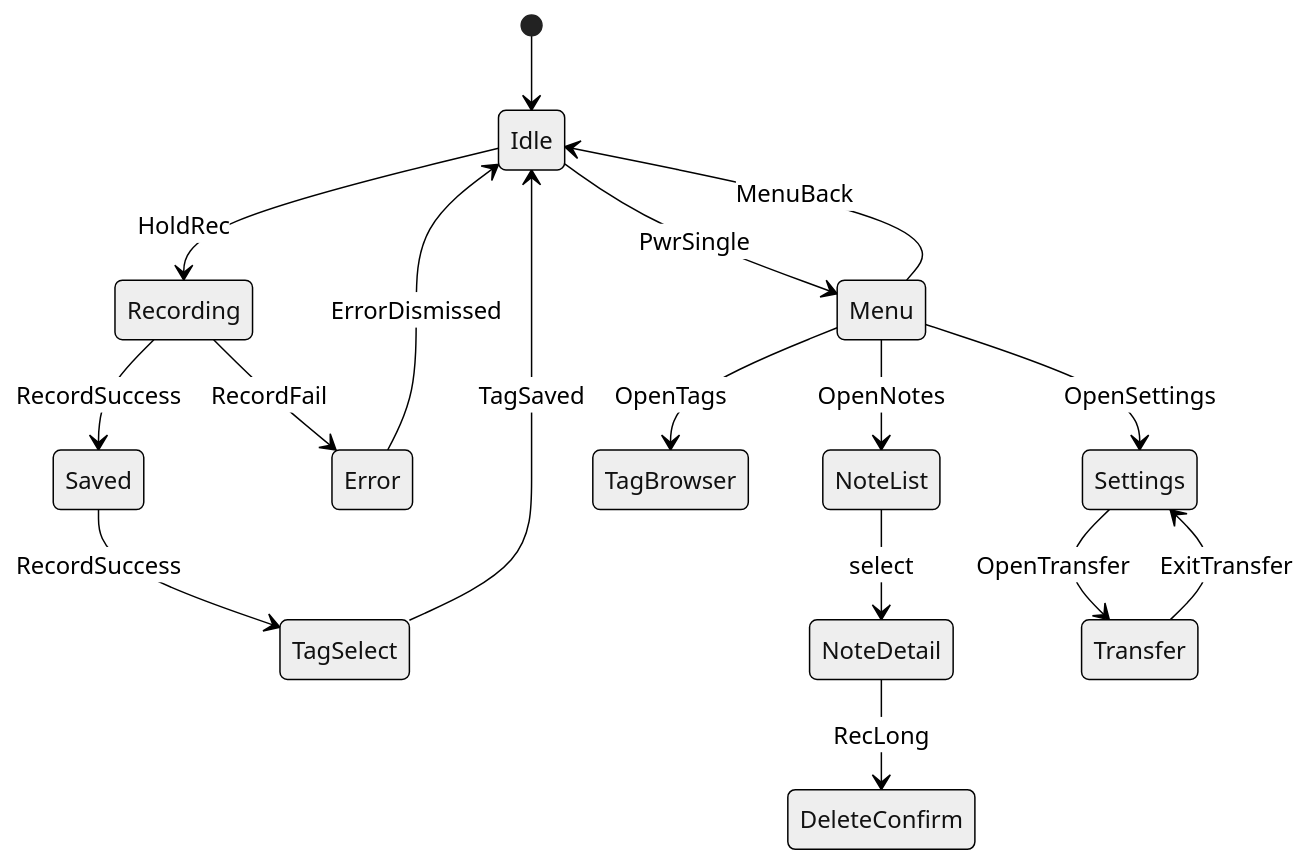
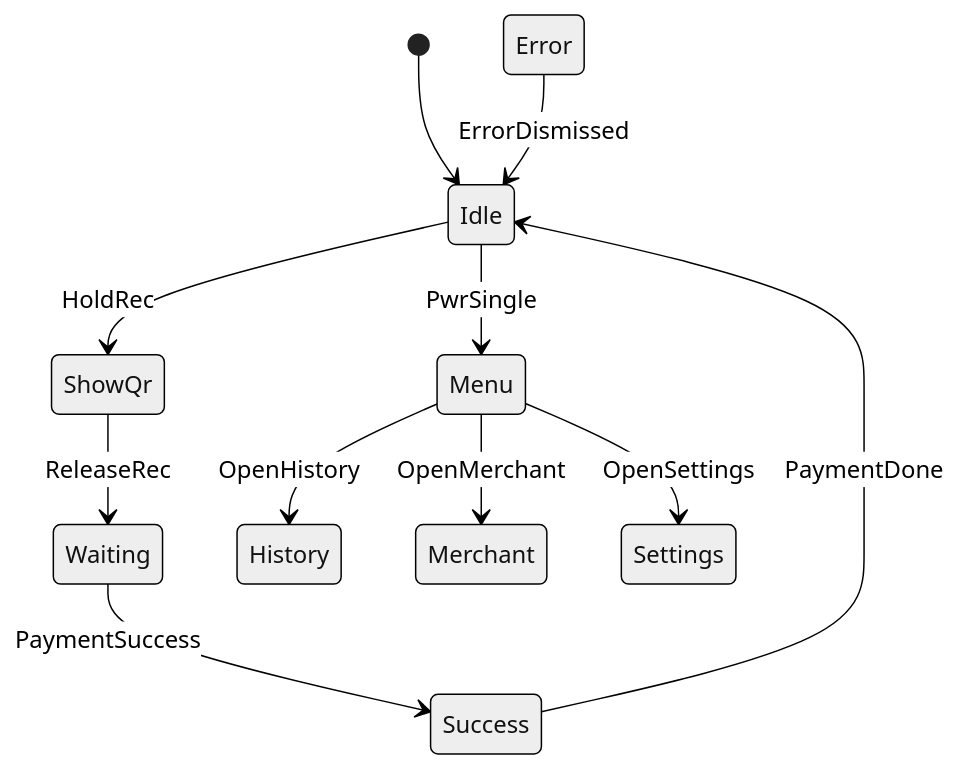
One commit to akashsoni01/zoop changed the second of 2 diagrams in docs/core/state.md. Above: the diagram before and after it, drawn with Mermaid (neutral theme). The commit also changed other lines of this file and 28 other files, not shown here.

````diff
--- a/docs/core/state.md
+++ b/docs/core/state.md
@@ -37,19 +37,13 @@
 ```mermaid
 stateDiagram-v2
   [*] --> Idle
-  Idle --> Recording: HoldRec
+  Idle --> ShowQr: HoldRec
   Idle --> Menu: PwrSingle
-  Recording --> Saved: RecordSuccess
-  Recording --> Error: RecordFail
-  Saved --> TagSelect: RecordSuccess
-  TagSelect --> Idle: TagSaved
-  Menu --> NoteList: OpenNotes
-  Menu --> TagBrowser: OpenTags
+  ShowQr --> Waiting: ReleaseRec
+  Waiting --> Success: PaymentSuccess
+  Success --> Idle: PaymentDone
+  Menu --> History: OpenHistory
+  Menu --> Merchant: OpenMerchant
   Menu --> Settings: OpenSettings
-  Menu --> Idle: MenuBack
-  NoteList --> NoteDetail: select
-  NoteDetail --> DeleteConfirm: RecLong
-  Settings --> Transfer: OpenTransfer
-  Transfer --> Settings: ExitTransfer
   Error --> Idle: ErrorDismissed
 ```
````
